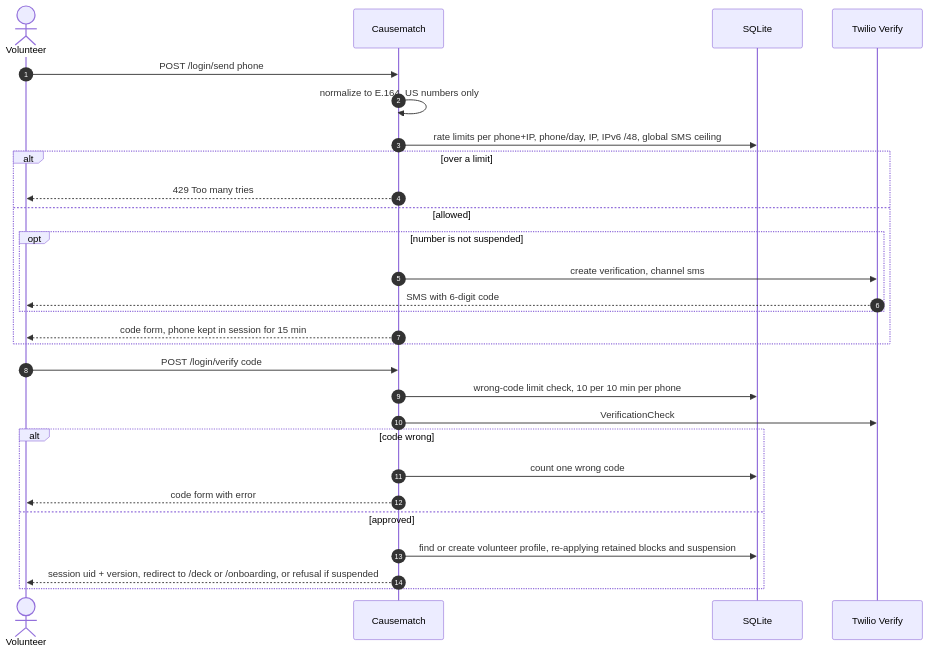
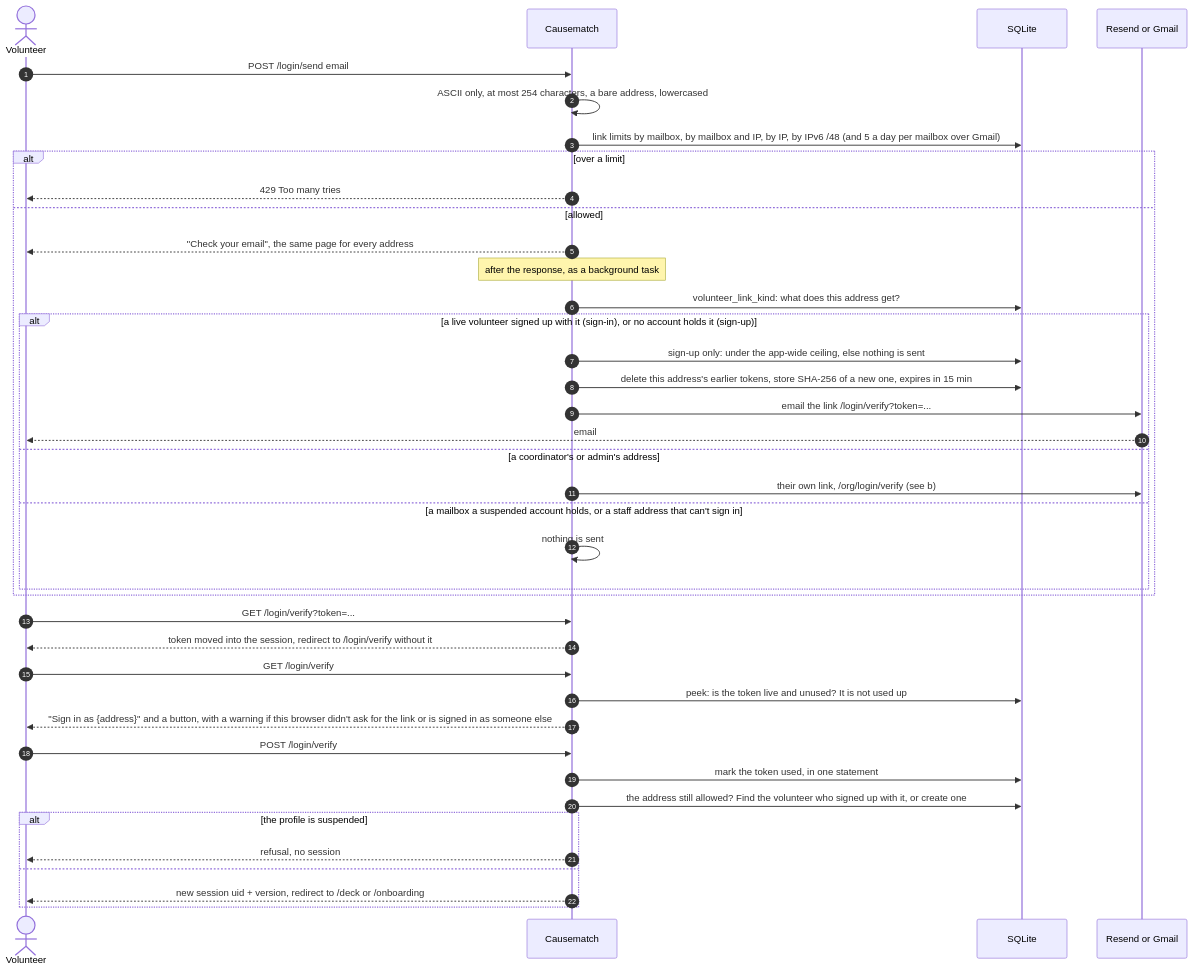
Before and after one commit to slegroux/causematch: diagram 15 of 26 in docs/ARCHITECTURE.md, drawn with Mermaid. The commit also changed other lines of this file, not shown here.

First line of the commit message:
Architecture doc: up to date with main through #39

````diff
--- a/docs/ARCHITECTURE.md
+++ b/docs/ARCHITECTURE.md
@@ -932,31 +945,42 @@
 ```mermaid
 sequenceDiagram
     autonumber
     actor V as Volunteer
     participant A as Causematch
     participant DB as SQLite
-    participant TV as Twilio Verify
+    participant E as Resend or Gmail
 
-    V->>A: POST /login/send phone
-    A->>A: normalize to E.164, US numbers only
-    A->>DB: rate limits per phone+IP, phone/day, IP, IPv6 /48, global SMS ceiling
+    V->>A: POST /login/send email
+    A->>A: ASCII only, at most 254 characters, a bare address, lowercased
+    A->>DB: link limits by mailbox, by mailbox and IP, by IP, by IPv6 /48 (and 5 a day per mailbox over Gmail)
     alt over a limit
         A-->>V: 429 Too many tries
     else allowed
-        opt number is not suspended
-            A->>TV: create verification, channel sms
-            TV-->>V: SMS with 6-digit code
+        A-->>V: "Check your email", the same page for every address
+        Note over A: after the response, as a background task
+        A->>DB: volunteer_link_kind: what does this address get?
+        alt a live volunteer signed up with it (sign-in), or no account holds it (sign-up)
+            A->>DB: sign-up only: under the app-wide ceiling, else nothing is sent
+            A->>DB: delete this address's earlier tokens, store SHA-256 of a new one, expires in 15 min
+            A->>E: email the link /login/verify?token=...
+            E-->>V: email
+        else a coordinator's or admin's address
+            A->>E: their own link, /org/login/verify (see b)
+        else a mailbox a suspended account holds, or a staff address that can't sign in
+            A->>A: nothing is sent
         end
-        A-->>V: code form, phone kept in session for 15 min
     end
-    V->>A: POST /login/verify code
-    A->>DB: wrong-code limit check, 10 per 10 min per phone
-    A->>TV: VerificationCheck
-    alt code wrong
-        A->>DB: count one wrong code
-        A-->>V: code form with error
-    else approved
-        A->>DB: find or create volunteer profile, re-applying retained blocks and suspension
-        A-->>V: session uid + version, redirect to /deck or /onboarding, or refusal if suspended
+    V->>A: GET /login/verify?token=...
+    A-->>V: token moved into the session, redirect to /login/verify without it
+    V->>A: GET /login/verify
+    A->>DB: peek: is the token live and unused? It is not used up
+    A-->>V: "Sign in as {address}" and a button, with a warning if this browser didn't ask for the link or is signed in as someone else
+    V->>A: POST /login/verify
+    A->>DB: mark the token used, in one statement
+    A->>DB: the address still allowed? Find the volunteer who signed up with it, or create one
+    alt the profile is suspended
+        A-->>V: refusal, no session
+    else
+        A-->>V: new session uid + version, redirect to /deck or /onboarding
     end
 ```
````
